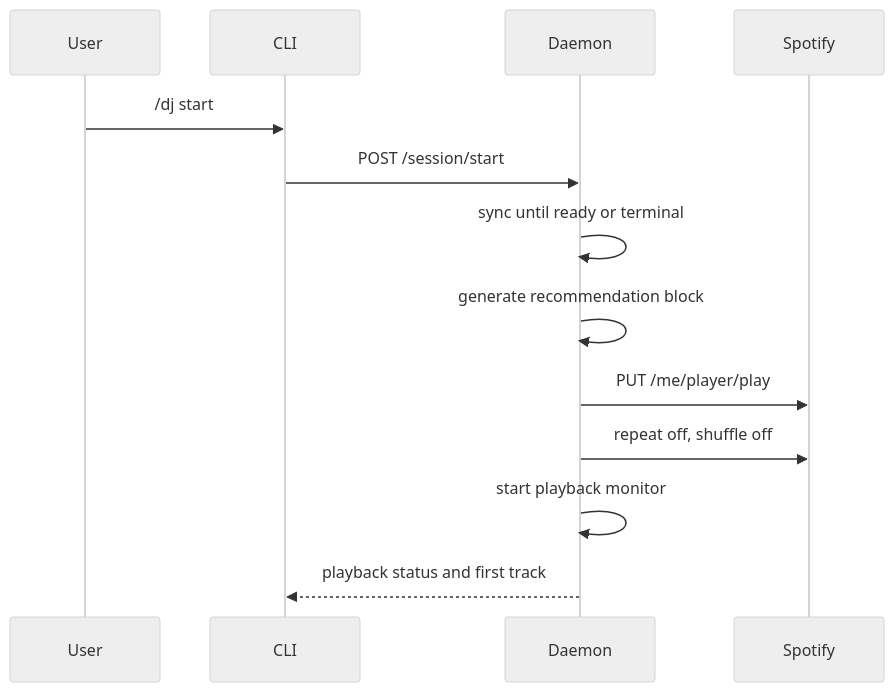
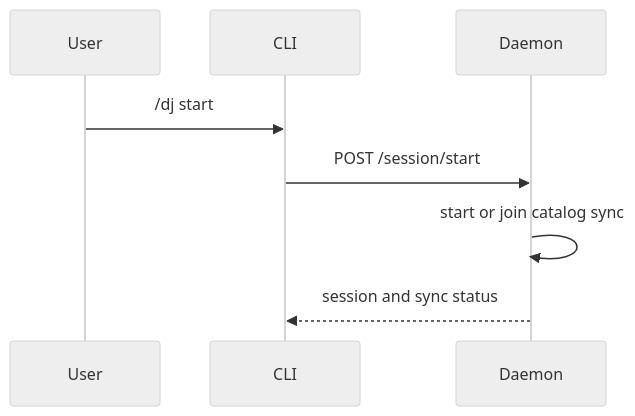
The diagram in wiki/concepts/spotify-playback-orchestration.md (AdamPSU/agent-dj), drawn with Mermaid (neutral theme) before and after one commit. The commit also changed other lines of this file and 19 other files, not shown here.

````diff
--- a/wiki/concepts/spotify-playback-orchestration.md
+++ b/wiki/concepts/spotify-playback-orchestration.md
@@ -12,15 +28,10 @@
 ```mermaid
 sequenceDiagram
     participant User
     participant CLI
     participant Daemon
-    participant Spotify
     User->>CLI: /dj start
     CLI->>Daemon: POST /session/start
-    Daemon->>Daemon: sync until ready or terminal
-    Daemon->>Daemon: generate recommendation block
-    Daemon->>Spotify: PUT /me/player/play
-    Daemon->>Spotify: repeat off, shuffle off
-    Daemon->>Daemon: start playback monitor
-    Daemon-->>CLI: playback status and first track
+    Daemon->>Daemon: start or join catalog sync
+    Daemon-->>CLI: session and sync status
 ```
````
